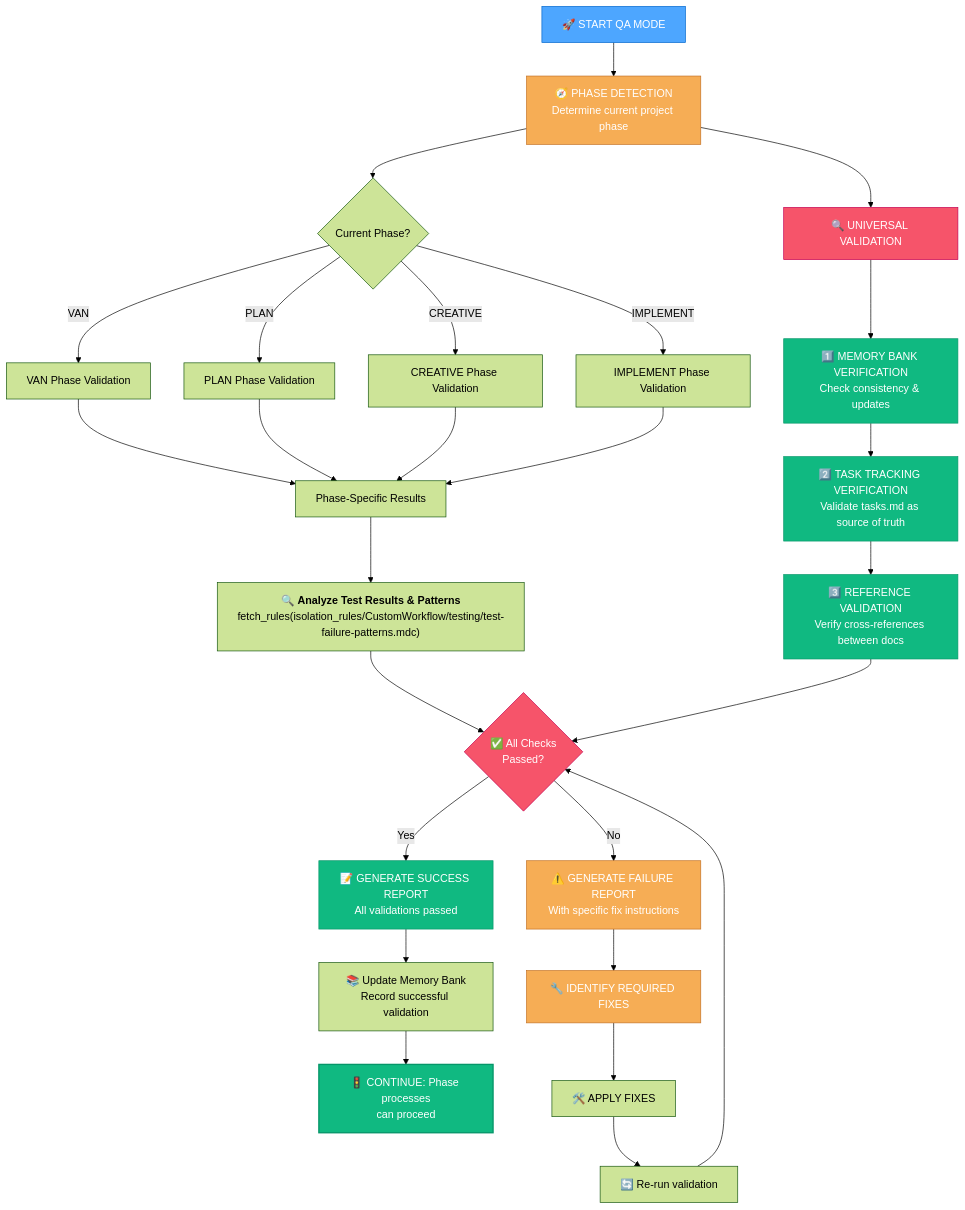
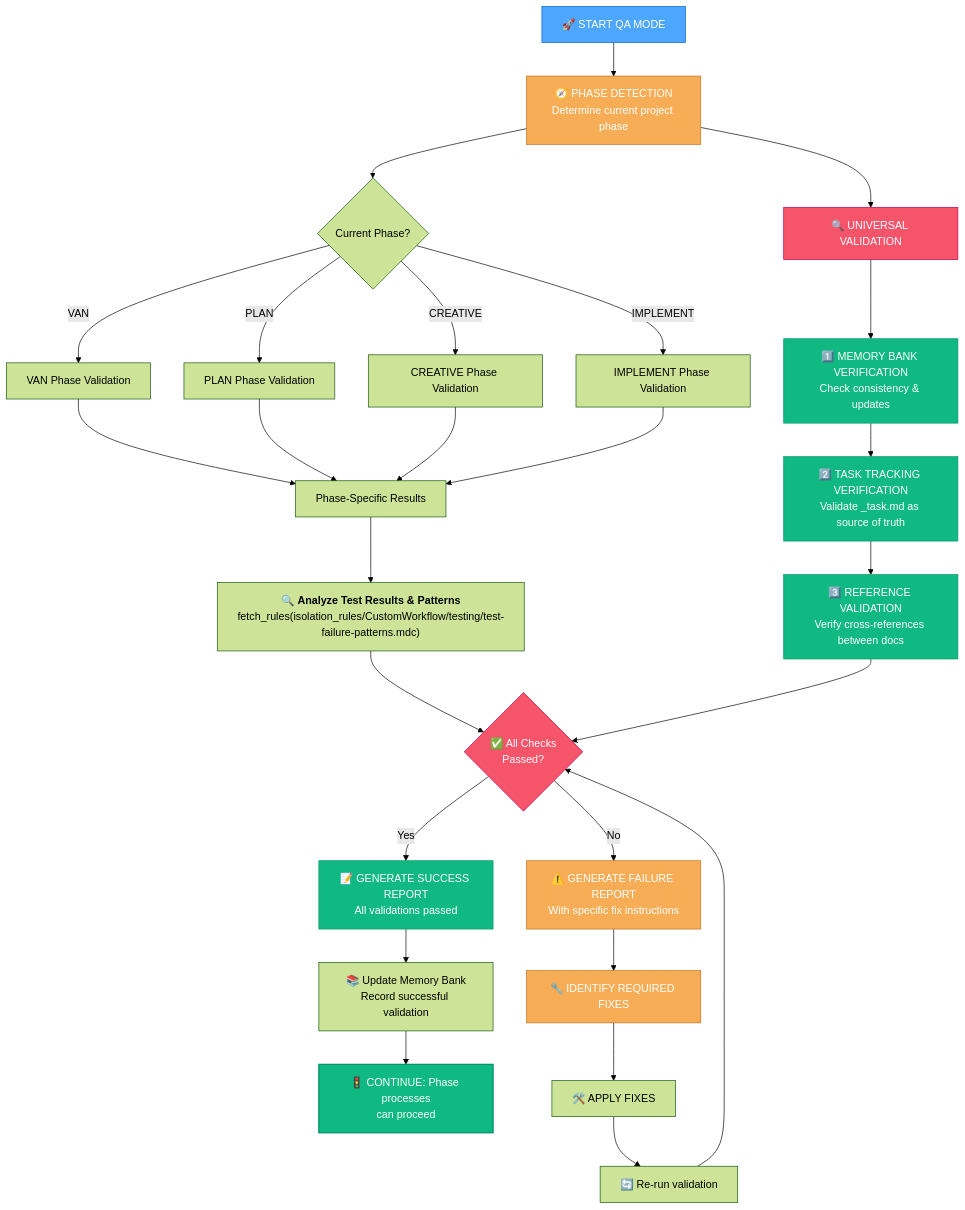
The first of 10 diagrams in .cursor/rules/isolation_rules/visual-maps/qa-mode-map.mdc (vanzan01/cursor-memory-bank), drawn with Mermaid (forest theme) before and after one commit. The commit also changed other lines of this file and 52 other files, not shown here.

Commit message:
Добавлены новые правила для управления активными задачами и генерации сообщений коммитов. Обновлены существующие правила для улучшения логики обработки контекста и управления задачами. Включены инструкции по созданию заметок для релиза и улучшены диаграммы процесса для режимов ARCHIVE и CREATIVE.

````diff
--- a/.cursor/rules/isolation_rules/visual-maps/qa-mode-map.mdc
+++ b/.cursor/rules/isolation_rules/visual-maps/qa-mode-map.mdc
@@ -39,49 +39,50 @@
 ```mermaid
 graph TD
     Start["🚀 START QA MODE"] --> DetectPhase["🧭 PHASE DETECTION<br>Determine current project phase"]
 
     %% Phase detection decision path
     DetectPhase --> PhaseDetermination{"Current Phase?"}
     PhaseDetermination -->|"VAN"| VANChecks["VAN Phase Validation"]
     PhaseDetermination -->|"PLAN"| PLANChecks["PLAN Phase Validation"]
     PhaseDetermination -->|"CREATIVE"| CREATIVEChecks["CREATIVE Phase Validation"]
     PhaseDetermination -->|"IMPLEMENT"| IMPLEMENTChecks["IMPLEMENT Phase Validation"]
 
     %% Universal checks that apply to all phases
     DetectPhase --> UniversalChecks["🔍 UNIVERSAL VALIDATION"]
     UniversalChecks --> MemoryBankCheck["1️⃣ MEMORY BANK VERIFICATION<br>Check consistency & updates"]
-    MemoryBankCheck --> TaskTrackingCheck["2️⃣ TASK TRACKING VERIFICATION<br>Validate tasks.md as source of truth"]
+    MemoryBankCheck --> TaskTrackingCheck["2️⃣ TASK TRACKING VERIFICATION<br>Validate _task.md as source of truth"]
     TaskTrackingCheck --> ReferenceCheck["3️⃣ REFERENCE VALIDATION<br>Verify cross-references between docs"]
 
     %% Phase-specific validations feed into comprehensive report
     VANChecks & PLANChecks & CREATIVEChecks & IMPLEMENTChecks --> PhaseSpecificResults["Phase-Specific Results"]
-    PhaseSpecificResults --> TestAnalysis["🔍 <b>Analyze Test Results & Patterns</b><br>fetch_rules(isolation_rules/CustomWorkflow/testing/test-failure-patterns.mdc)"]
+    TestAnalysis["🔍 <b>Analyze Test Results & Patterns</b><br>fetch_rules(isolation_rules/CustomWorkflow/testing/test-failure-patterns.mdc)"]
+    PhaseSpecificResults --> TestAnalysis
     TestAnalysis & ReferenceCheck --> ValidationResults{"✅ All Checks<br>Passed?"}
 
     %% Results Processing
     ValidationResults -->|"Yes"| SuccessReport["📝 GENERATE SUCCESS REPORT<br>All validations passed"]
     ValidationResults -->|"No"| FailureReport["⚠️ GENERATE FAILURE REPORT<br>With specific fix instructions"]
 
     %% Success Path
     SuccessReport --> UpdateMB["📚 Update Memory Bank<br>Record successful validation"]
     UpdateMB --> ContinueProcess["🚦 CONTINUE: Phase processes<br>can proceed"]
 
     %% Failure Path
     FailureReport --> IdentifyFixes["🔧 IDENTIFY REQUIRED FIXES"]
     IdentifyFixes --> ApplyFixes["🛠️ APPLY FIXES"]
     ApplyFixes --> Revalidate["🔄 Re-run validation"]
     Revalidate --> ValidationResults
 
     %% Style nodes for clarity
     style Start fill:#4da6ff,stroke:#0066cc,color:white
     style DetectPhase fill:#f6ad55,stroke:#c27022,color:white
     style UniversalChecks fill:#f6546a,stroke:#c30052,color:white
     style MemoryBankCheck fill:#10b981,stroke:#059669,color:white
     style TaskTrackingCheck fill:#10b981,stroke:#059669,color:white
     style ReferenceCheck fill:#10b981,stroke:#059669,color:white
     style ValidationResults fill:#f6546a,stroke:#c30052,color:white
     style SuccessReport fill:#10b981,stroke:#059669,color:white
     style FailureReport fill:#f6ad55,stroke:#c27022,color:white
     style ContinueProcess fill:#10b981,stroke:#059669,color:white,stroke-width:2px
     style IdentifyFixes fill:#f6ad55,stroke:#c27022,color:white
 ```
````
